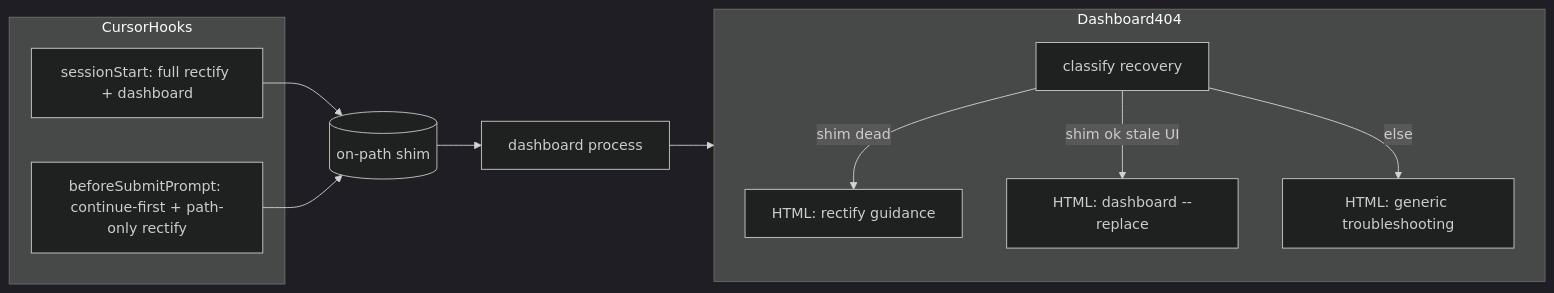
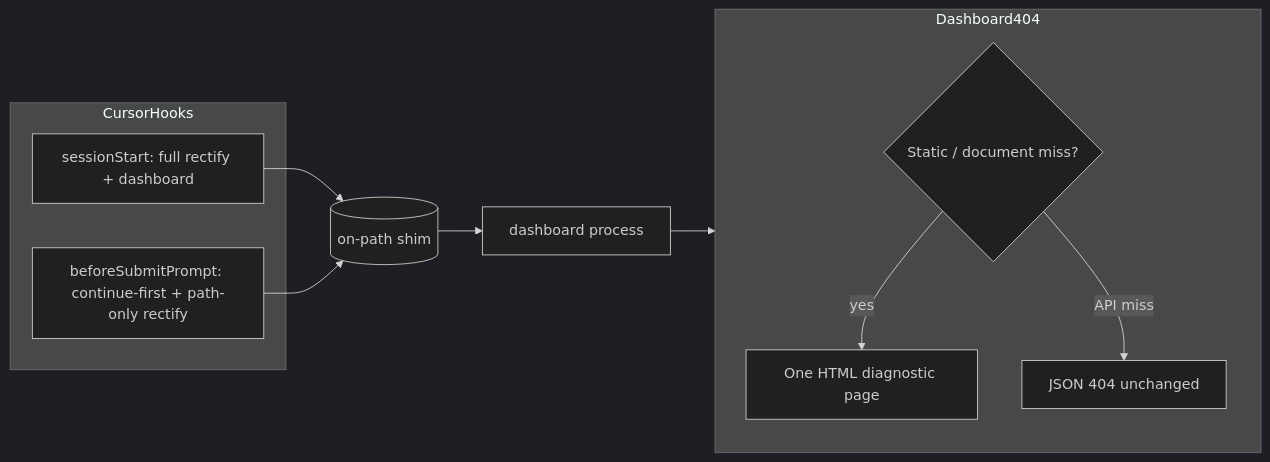
One commit to Texarkanine/stockroom changed the diagram in memory-bank/active/tasks.md. Above: the diagram before and after it, drawn with Mermaid (dark theme). The commit also changed other lines of this file and 4 other files, not shown here.

Commit message:
chore: amend plan to MVP dashboard diagnostic page

````diff
--- a/memory-bank/active/tasks.md
+++ b/memory-bank/active/tasks.md
@@ -15,17 +15,16 @@
 ```mermaid
 flowchart LR
   subgraph CursorHooks
     SS[sessionStart: full rectify + dashboard]
     BSP[beforeSubmitPrompt: continue-first + path-only rectify]
   end
   subgraph Dashboard404
-    Probe[classify recovery]
-    Probe -->|shim dead| R1[HTML: rectify guidance]
-    Probe -->|shim ok stale UI| R2[HTML: dashboard --replace]
-    Probe -->|else| R3[HTML: generic troubleshooting]
+    Broken{Static / document miss?}
+    Broken -->|yes| Page[One HTML diagnostic page]
+    Broken -->|API miss| JSON[JSON 404 unchanged]
   end
   SS --> Shim[(on-path shim)]
   BSP --> Shim
   Shim --> Dash[dashboard process]
   Dash --> Dashboard404
 ```
````
